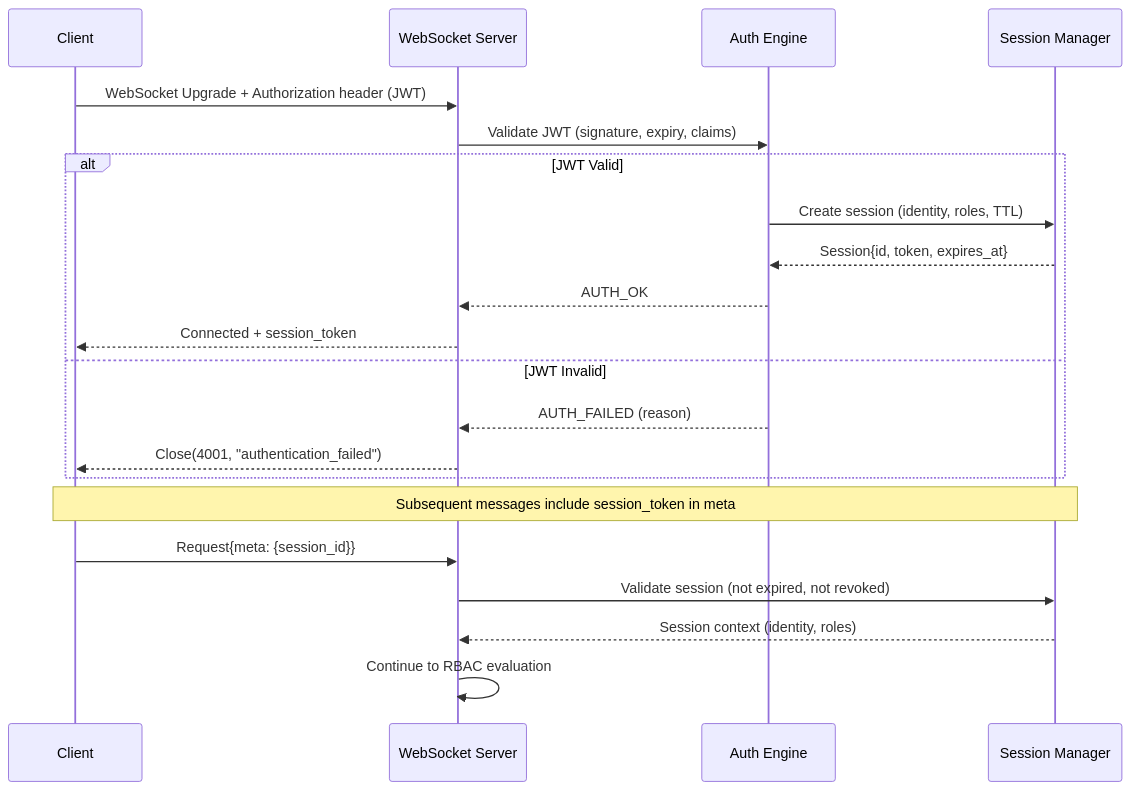
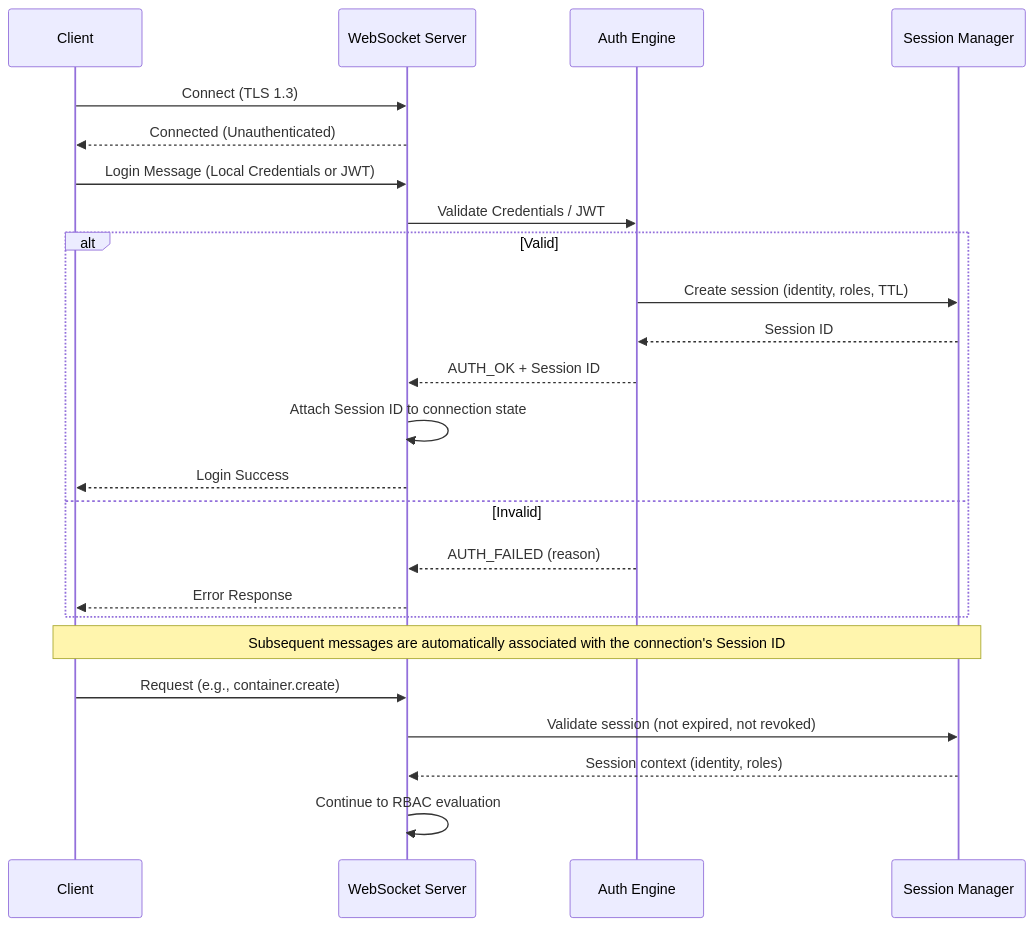
The diagram in docs/prds/prd_auth_session.md (Psyborgs-git/vloop.app), drawn with Mermaid before and after one commit. The commit also changed other lines of this file and 121 other files, not shown here.

First line of the commit message:
feat: add WebSocket connection tests and improve auth middleware

````diff
--- a/docs/prds/prd_auth_session.md
+++ b/docs/prds/prd_auth_session.md
@@ -34,26 +34,30 @@
 ```mermaid
 sequenceDiagram
     participant C as Client
     participant WS as WebSocket Server
     participant AUTH as Auth Engine
     participant SESS as Session Manager
 
-    C->>WS: WebSocket Upgrade + Authorization header (JWT)
-    WS->>AUTH: Validate JWT (signature, expiry, claims)
-    alt JWT Valid
+    C->>WS: Connect (TLS 1.3)
+    WS-->>C: Connected (Unauthenticated)
+    
+    C->>WS: Login Message (Local Credentials or JWT)
+    WS->>AUTH: Validate Credentials / JWT
+    alt Valid
         AUTH->>SESS: Create session (identity, roles, TTL)
-        SESS-->>AUTH: Session{id, token, expires_at}
-        AUTH-->>WS: AUTH_OK
-        WS-->>C: Connected + session_token
-    else JWT Invalid
+        SESS-->>AUTH: Session ID
+        AUTH-->>WS: AUTH_OK + Session ID
+        WS->>WS: Attach Session ID to connection state
+        WS-->>C: Login Success
+    else Invalid
         AUTH-->>WS: AUTH_FAILED (reason)
-        WS-->>C: Close(4001, "authentication_failed")
+        WS-->>C: Error Response
     end
 
-    Note over C,SESS: Subsequent messages include session_token in meta
+    Note over C,SESS: Subsequent messages are automatically associated with the connection's Session ID
 
-    C->>WS: Request{meta: {session_id}}
+    C->>WS: Request (e.g., container.create)
     WS->>SESS: Validate session (not expired, not revoked)
     SESS-->>WS: Session context (identity, roles)
     WS->>WS: Continue to RBAC evaluation
 ```
````
